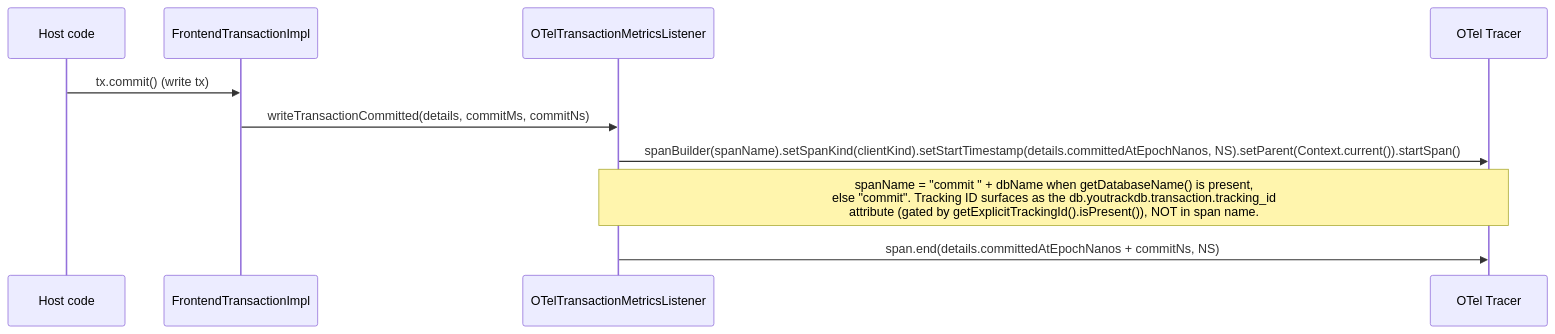
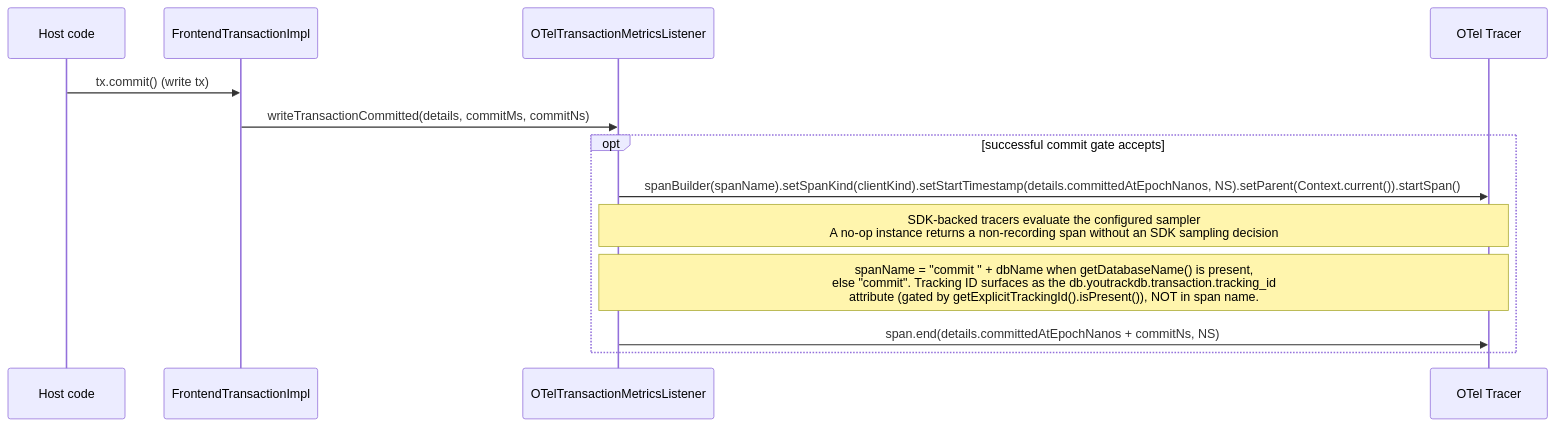
Before and after one commit to JetBrains/youtrackdb: the third of 4 diagrams in docs/adr/ytdb-496-opentelemetry-support/_workflow/design.md, drawn with Mermaid. The commit also changed other lines of this file and 2 other files, not shown here.

````diff
--- a/docs/adr/ytdb-496-opentelemetry-support/_workflow/design.md
+++ b/docs/adr/ytdb-496-opentelemetry-support/_workflow/design.md
@@ -532,13 +528,16 @@
 ```mermaid
 sequenceDiagram
     participant Host as Host code
     participant TX as FrontendTransactionImpl
     participant OTL as OTelTransactionMetricsListener
     participant TR as OTel Tracer
 
     Host->>TX: tx.commit() (write tx)
     TX->>OTL: writeTransactionCommitted(details, commitMs, commitNs)
-    OTL->>TR: spanBuilder(spanName).setSpanKind(clientKind).setStartTimestamp(details.committedAtEpochNanos, NS).setParent(Context.current()).startSpan()
-    Note over OTL,TR: spanName = "commit " + dbName when getDatabaseName() is present,<br/>else "commit". Tracking ID surfaces as the db.youtrackdb.transaction.tracking_id<br/>attribute (gated by getExplicitTrackingId().isPresent()), NOT in span name.
-    OTL->>TR: span.end(details.committedAtEpochNanos + commitNs, NS)
+    opt successful commit gate accepts
+        OTL->>TR: spanBuilder(spanName).setSpanKind(clientKind).setStartTimestamp(details.committedAtEpochNanos, NS).setParent(Context.current()).startSpan()
+        Note over OTL,TR: SDK-backed tracers evaluate the configured sampler<br/>A no-op instance returns a non-recording span without an SDK sampling decision
+        Note over OTL,TR: spanName = "commit " + dbName when getDatabaseName() is present,<br/>else "commit". Tracking ID surfaces as the db.youtrackdb.transaction.tracking_id<br/>attribute (gated by getExplicitTrackingId().isPresent()), NOT in span name.
+        OTL->>TR: span.end(details.committedAtEpochNanos + commitNs, NS)
+    end
 ```
````
